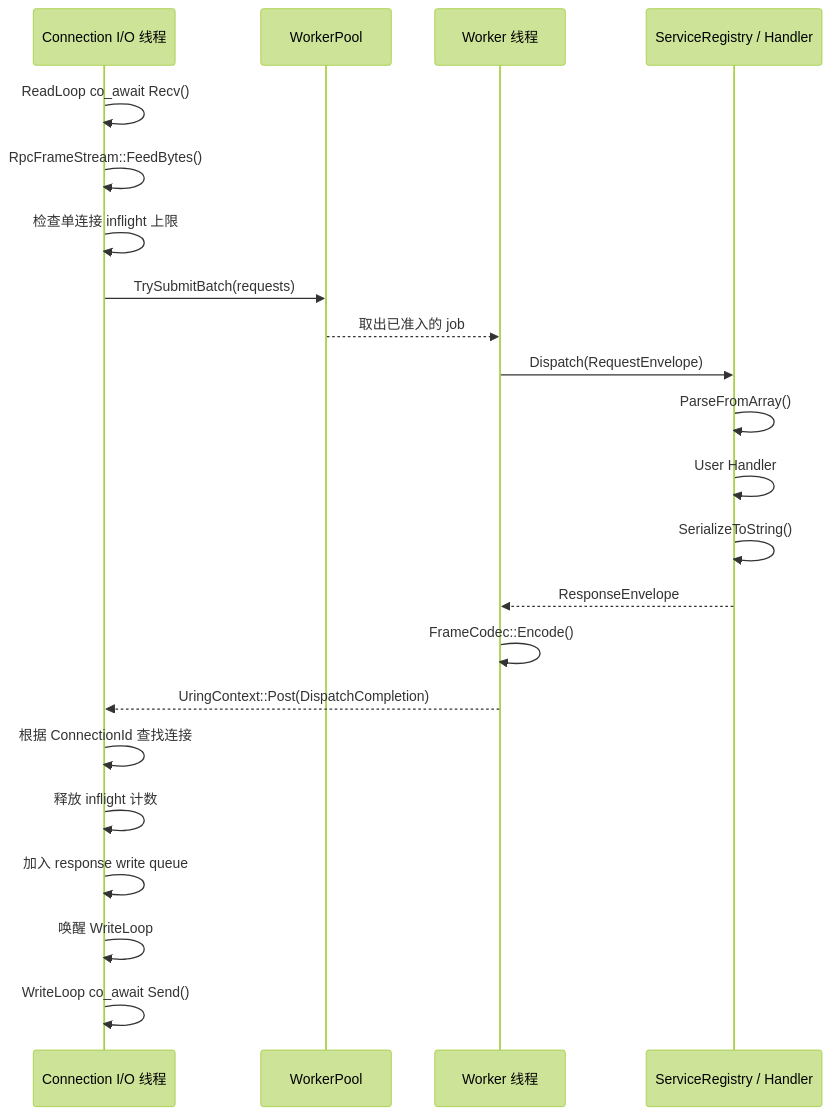
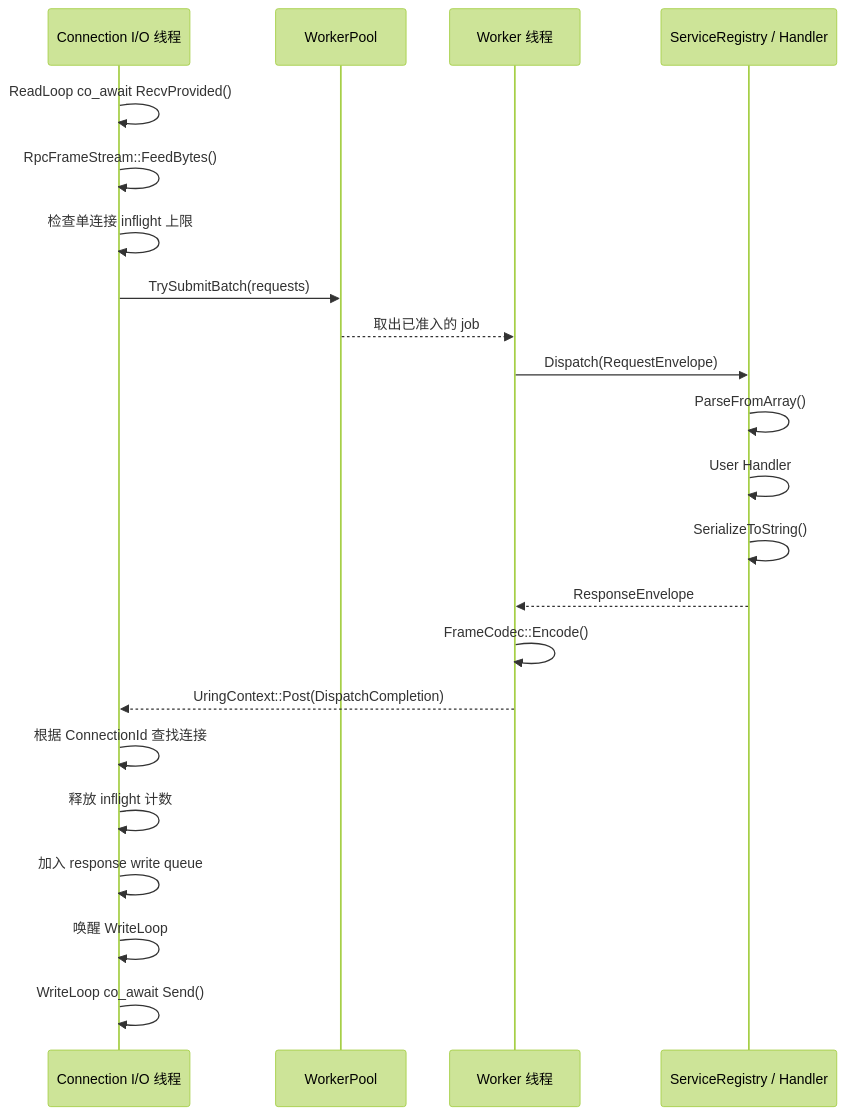
Before and after one commit to yuedongcun/xrpc-cpp: the second of 4 diagrams in docs/server-runtime.md, drawn with Mermaid (forest theme). The commit also changed 12 other files, not shown here.

````diff
--- a/docs/server-runtime.md
+++ b/docs/server-runtime.md
@@ -102,28 +102,28 @@
 ```mermaid
 sequenceDiagram
   participant IO as Connection I/O 线程
   participant Pool as WorkerPool
   participant Worker as Worker 线程
   participant Handler as ServiceRegistry / Handler
 
-  IO->>IO: ReadLoop co_await Recv()
+  IO->>IO: ReadLoop co_await RecvProvided()
   IO->>IO: RpcFrameStream::FeedBytes()
   IO->>IO: 检查单连接 inflight 上限
   IO->>Pool: TrySubmitBatch(requests)
 
   Pool-->>Worker: 取出已准入的 job
 
   Worker->>Handler: Dispatch(RequestEnvelope)
   Handler->>Handler: ParseFromArray()
   Handler->>Handler: User Handler
   Handler->>Handler: SerializeToString()
   Handler-->>Worker: ResponseEnvelope
 
   Worker->>Worker: FrameCodec::Encode()
   Worker-->>IO: UringContext::Post(DispatchCompletion)
   IO->>IO: 根据 ConnectionId 查找连接
   IO->>IO: 释放 inflight 计数
   IO->>IO: 加入 response write queue
   IO->>IO: 唤醒 WriteLoop
   IO->>IO: WriteLoop co_await Send()
 ```
````
